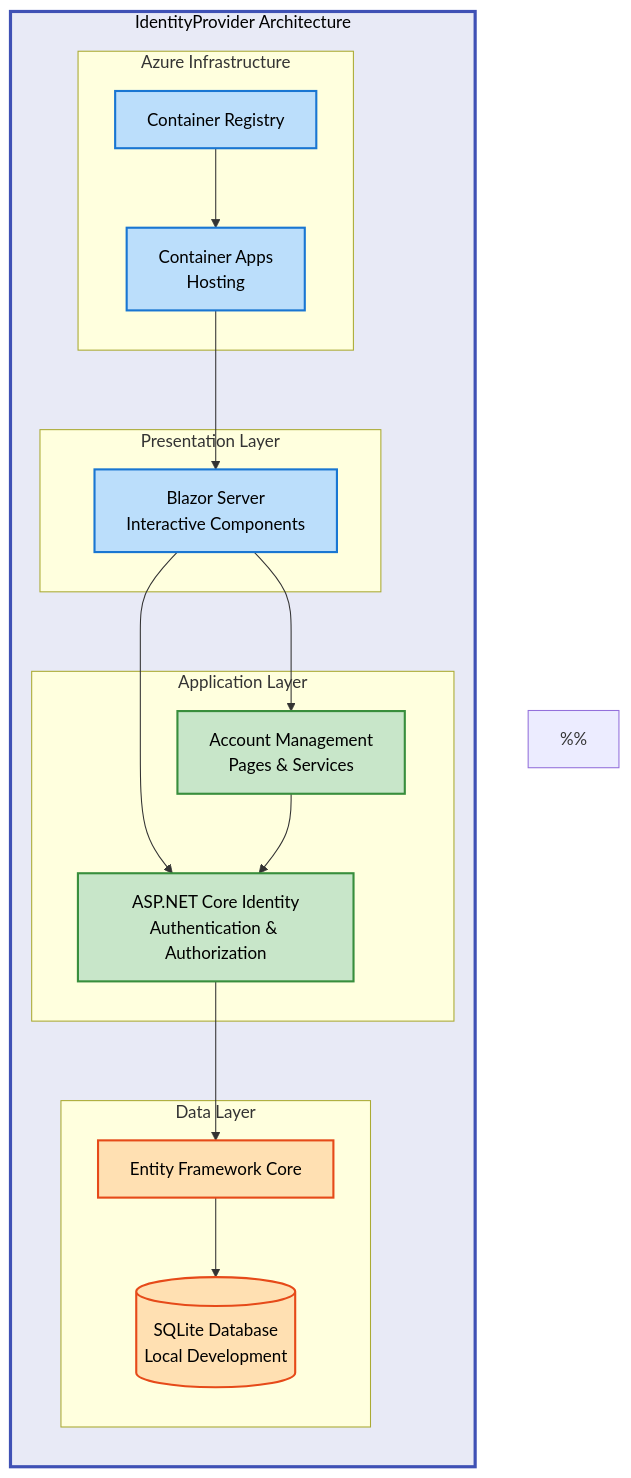
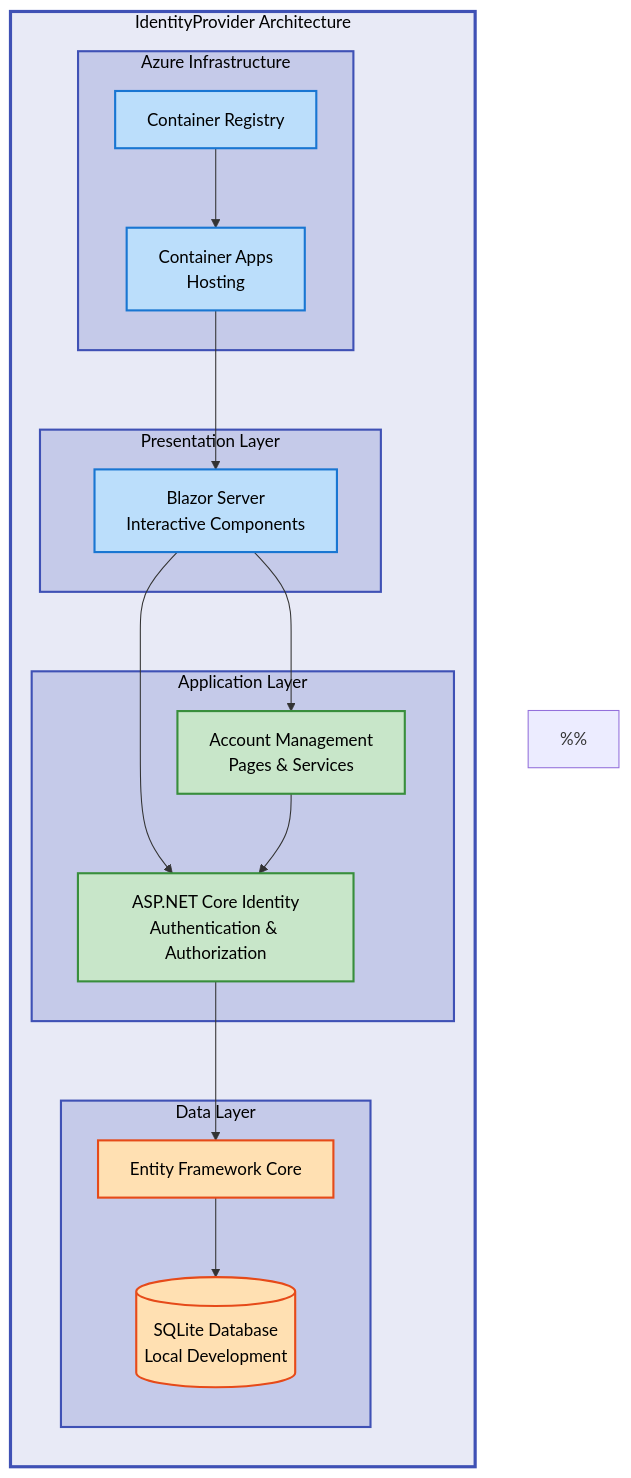
Before and after one commit to Evilazaro/IdentityProvider: the diagram in README.md, drawn with Mermaid.

Commit message:
Enhance architecture diagram in README.md with detailed color scheme documentation for improved visual clarity and separation of layers

````diff
--- a/README.md
+++ b/README.md
@@ -63,10 +63,13 @@
     %%   - Purpose: Visual separation and hierarchy
     %%   - Stroke: Indigo 500 (#3F51B5), 3px
     %%
-    %% Level 2 (Sub Groups): None in this diagram
+    %% Level 2 (Sub Groups): Indigo 100 (#C5CAE9)
+    %%   - Used for: Presentation, Application, Data, Azure layers
+    %%   - Purpose: Visual separation of architectural layers
+    %%   - Stroke: Indigo 500 (#3F51B5), 2px
     %%
     %% Level 3 (Content): Material Design semantic colors
-    %%   - Blue (#BBDEFB): Presentation layer, Azure hosting
+    %%   - Blue (#BBDEFB): Presentation layer components, Azure hosting
     %%   - Green (#C8E6C9): Application layer, business logic
     %%   - Orange (#FFE0B2): Data layer, persistence
     %% ============================================
@@ -111,4 +114,5 @@
     end
 
     class system mainGroup
+    class presentation,application,data,azure subGroup
 ```
````
